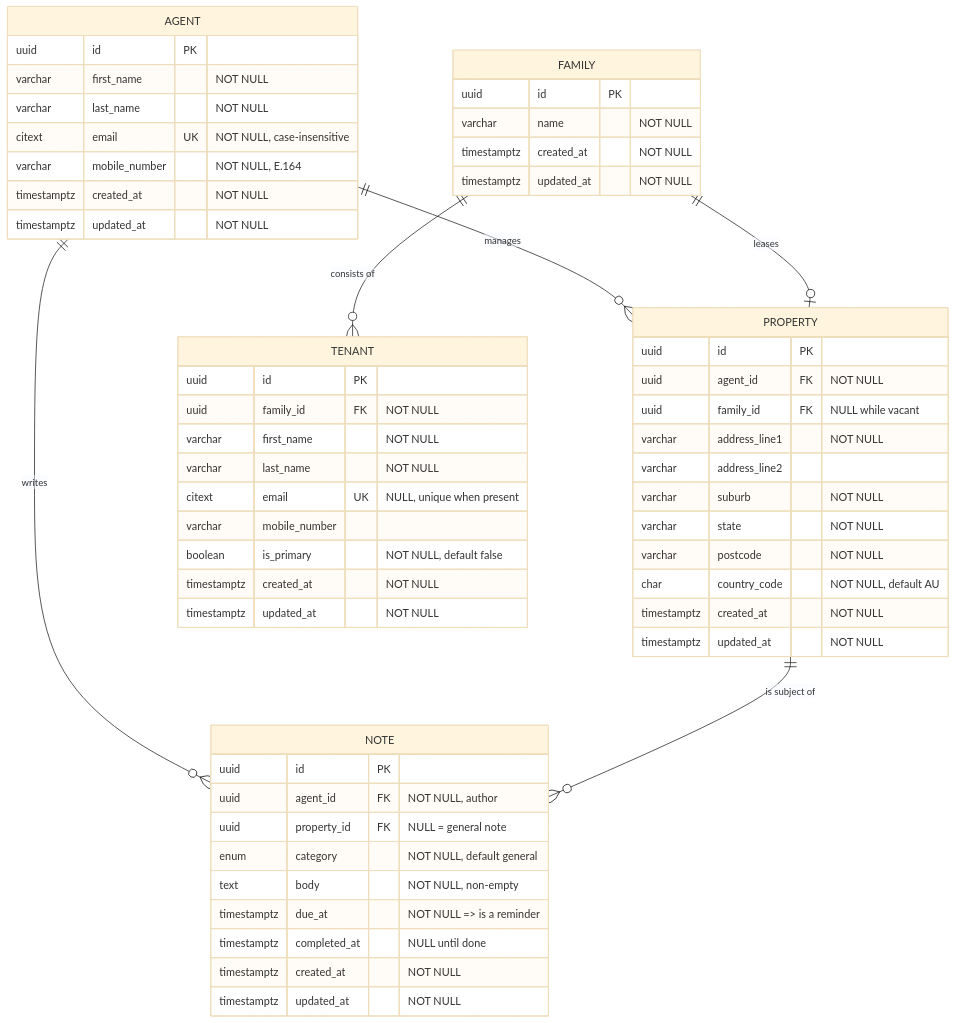
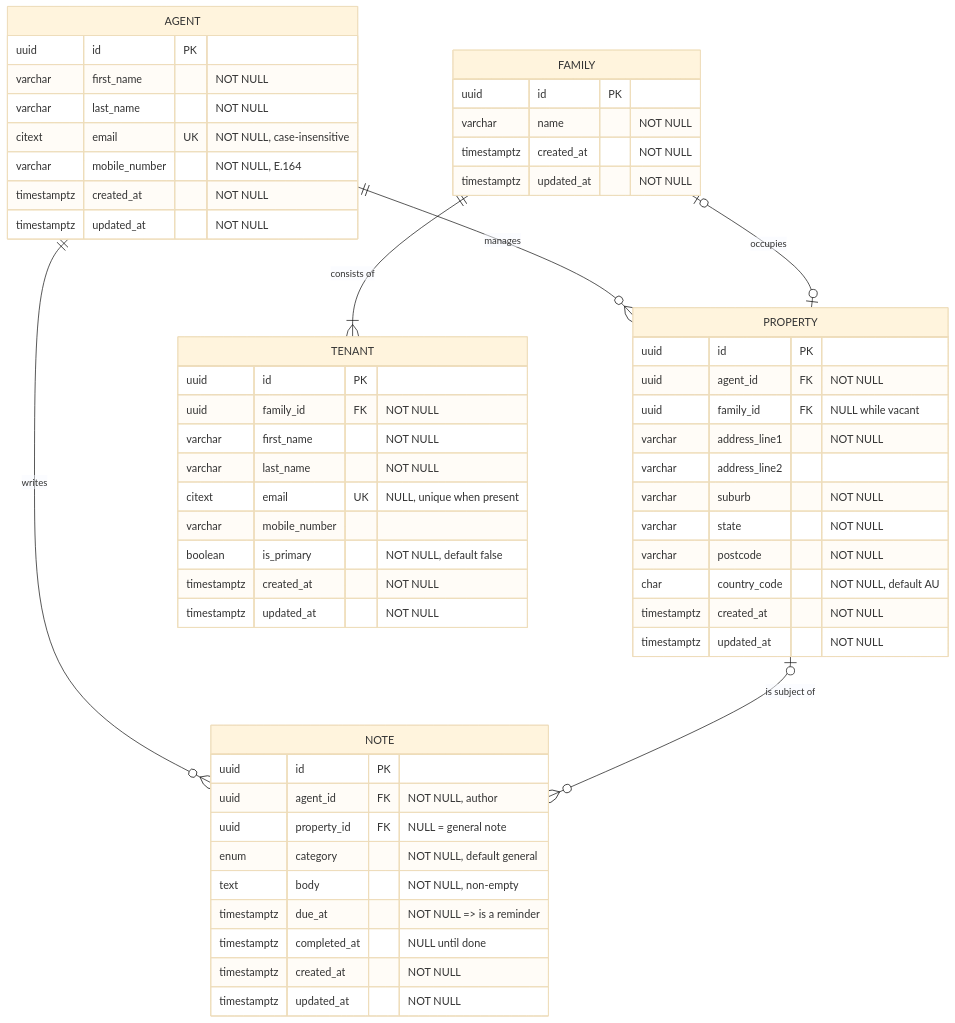
One commit to johnwary/property-agent-takehome changed the diagram in docs/README.md. Above: the diagram before and after it, drawn with Mermaid (base theme). The commit also changed other lines of this file and 3 other files, not shown here.

````diff
--- a/docs/README.md
+++ b/docs/README.md
@@ -13,63 +35,63 @@
 ```mermaid
 erDiagram
     AGENT ||--o{ PROPERTY : "manages"
     AGENT ||--o{ NOTE : "writes"
-    FAMILY ||--o{ TENANT : "consists of"
-    FAMILY ||--o| PROPERTY : "leases"
-    PROPERTY ||--o{ NOTE : "is subject of"
+    FAMILY ||--|{ TENANT : "consists of"
+    FAMILY |o--o| PROPERTY : "occupies"
+    PROPERTY |o--o{ NOTE : "is subject of"
 
     AGENT {
         uuid id PK
         varchar first_name "NOT NULL"
         varchar last_name "NOT NULL"
         citext email UK "NOT NULL, case-insensitive"
         varchar mobile_number "NOT NULL, E.164"
         timestamptz created_at "NOT NULL"
         timestamptz updated_at "NOT NULL"
     }
 
     PROPERTY {
         uuid id PK
         uuid agent_id FK "NOT NULL"
         uuid family_id FK "NULL while vacant"
         varchar address_line1 "NOT NULL"
         varchar address_line2
         varchar suburb "NOT NULL"
         varchar state "NOT NULL"
         varchar postcode "NOT NULL"
         char country_code "NOT NULL, default AU"
         timestamptz created_at "NOT NULL"
         timestamptz updated_at "NOT NULL"
     }
 
     FAMILY {
         uuid id PK
         varchar name "NOT NULL"
         timestamptz created_at "NOT NULL"
         timestamptz updated_at "NOT NULL"
     }
 
     TENANT {
         uuid id PK
         uuid family_id FK "NOT NULL"
         varchar first_name "NOT NULL"
         varchar last_name "NOT NULL"
         citext email UK "NULL, unique when present"
         varchar mobile_number
         boolean is_primary "NOT NULL, default false"
         timestamptz created_at "NOT NULL"
         timestamptz updated_at "NOT NULL"
     }
 
     NOTE {
         uuid id PK
         uuid agent_id FK "NOT NULL, author"
         uuid property_id FK "NULL = general note"
         enum category "NOT NULL, default general"
         text body "NOT NULL, non-empty"
         timestamptz due_at "NOT NULL => is a reminder"
         timestamptz completed_at "NULL until done"
         timestamptz created_at "NOT NULL"
         timestamptz updated_at "NOT NULL"
     }
 ```
````
